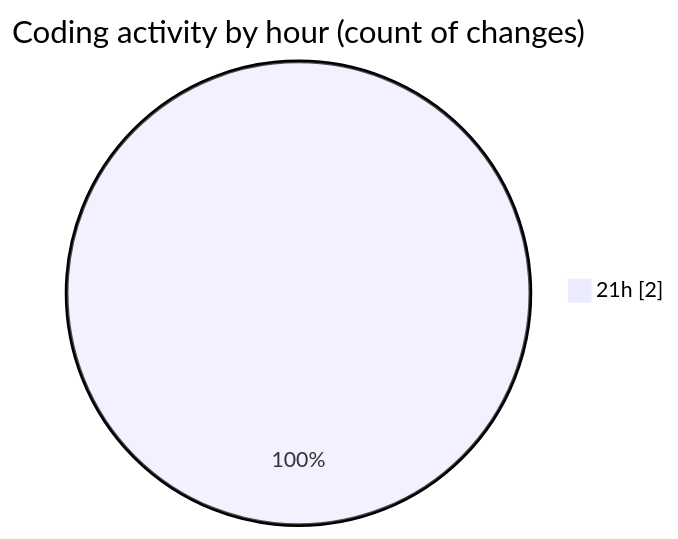
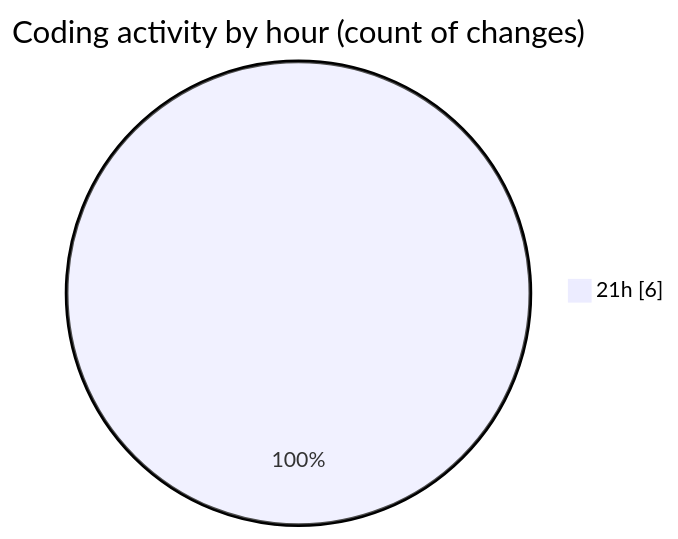
Before and after one commit to EIIisD/code-tracking: the second of 2 diagrams in 2025-08-23/chatgpt-extension/README.md, drawn with Mermaid. The commit also changed other lines of this file and 1 other file, not shown here.

````diff
--- a/2025-08-23/chatgpt-extension/README.md
+++ b/2025-08-23/chatgpt-extension/README.md
@@ -30,5 +33,5 @@
 ```mermaid
 pie showData
 title Coding activity by hour (count of changes)
-"21h" : 2
+"21h" : 6
 ```
````
